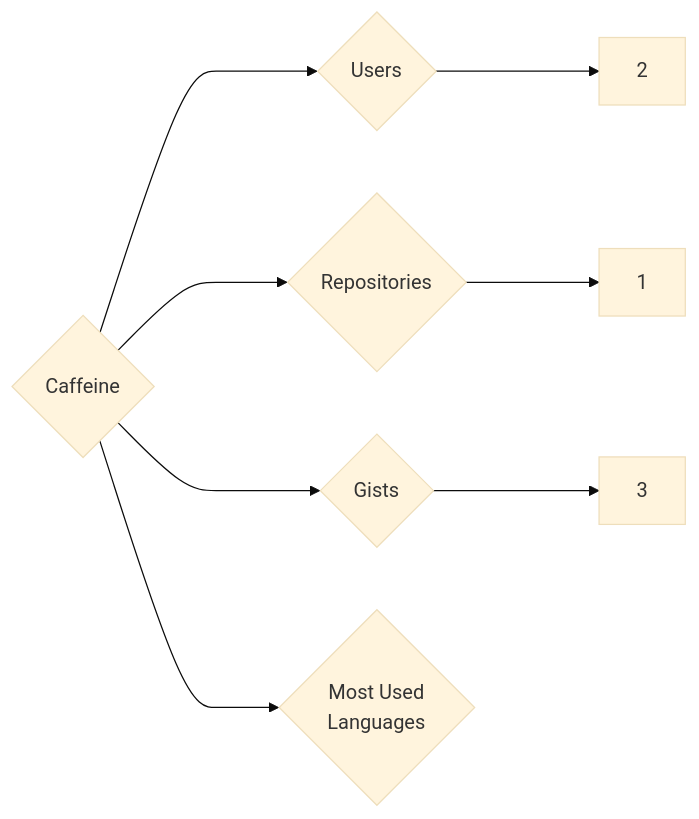
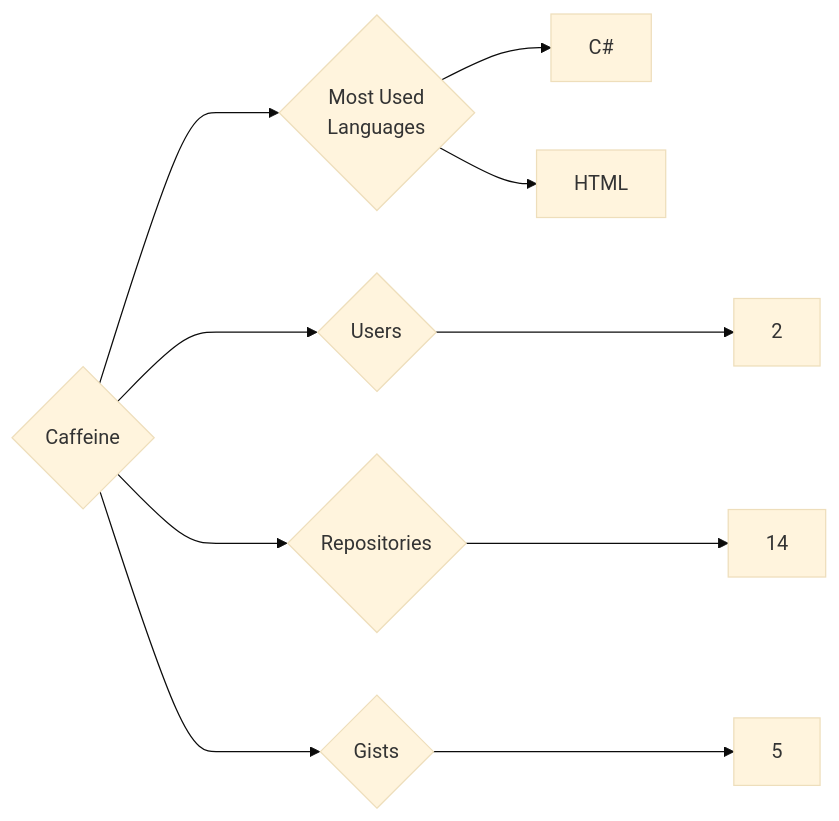
Before and after one commit to trickest/insiders: the diagram in targets/Caffeine/README.md, drawn with Mermaid (base theme). The commit also changed 997 other files, not shown here.

````diff
--- a/targets/Caffeine/README.md
+++ b/targets/Caffeine/README.md
@@ -3,8 +3,10 @@
 ```mermaid
 graph LR
 COMPANY_NAME{Caffeine}
 COMPANY_NAME ---> U{Users} ---> UN[2]
-COMPANY_NAME ---> R{Repositories} ---> RN[1]
-COMPANY_NAME ---> G{Gists} ---> GN[3]
+COMPANY_NAME ---> R{Repositories} ---> RN[14]
+COMPANY_NAME ---> G{Gists} ---> GN[5]
 COMPANY_NAME ---> ML{Most Used<br>Languages}
+ML --> C#[C#]
+ML --> HTML[HTML]
 ```
````
